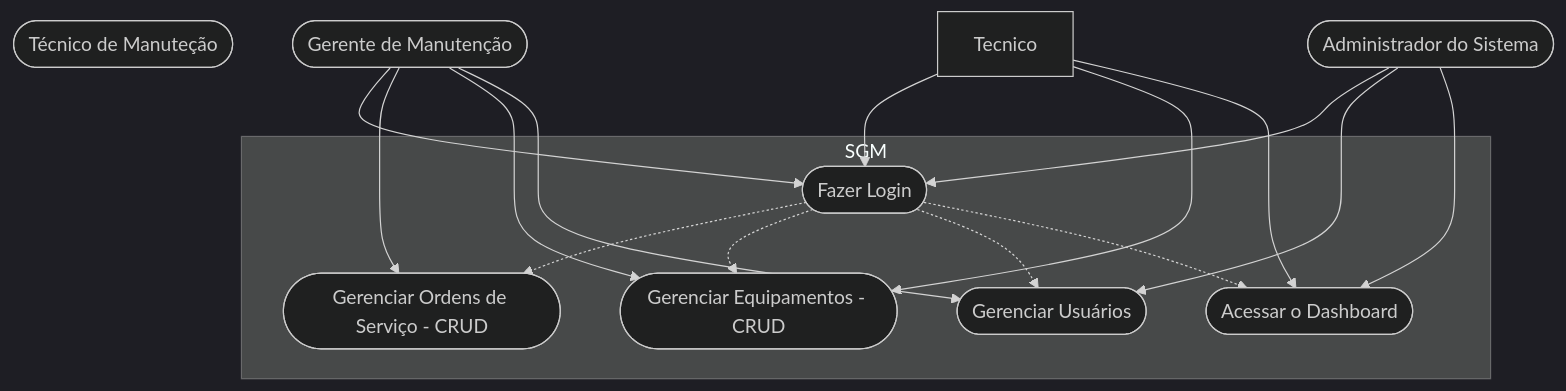
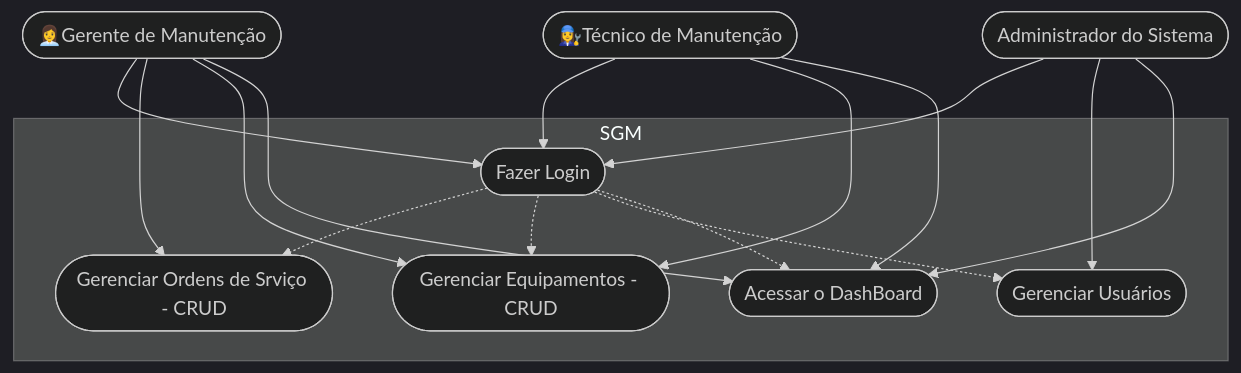
Before and after one commit to EnzoParalupi01/FrontEnd: the second of 3 diagrams in FrameWorks/Next/formativa-sgm/README.md, drawn with Mermaid (dark theme). The commit also changed other lines of this file, not shown here.

````diff
--- a/FrameWorks/Next/formativa-sgm/README.md
+++ b/FrameWorks/Next/formativa-sgm/README.md
@@ -103,35 +103,35 @@
 ```mermaid
 
 graph TD
 
     subgraph "SGM"
         caso1([Fazer Login])
-        caso2([Gerenciar Ordens de Serviço - CRUD])
+        caso2([Gerenciar Ordens de Srviço - CRUD])
         caso3([Gerenciar Equipamentos - CRUD])
         caso4([Gerenciar Usuários])
-        caso5([Acessar o Dashboard])
+        caso5([Acessar o DashBoard])
     end
 
-    Técnico([Técnico de Manuteção])
-    Gerente([Gerente de Manutenção])
+    Tecnico([👩‍🔧Técnico de Manutenção])
+    Gerente([👩‍💼Gerente de Manutenção])
     Admin([Administrador do Sistema])
 
     Tecnico --> caso1
     Tecnico --> caso3
     Tecnico --> caso5
 
     Gerente --> caso1
     Gerente --> caso2
     Gerente --> caso3
-    Gerente --> caso4
+    Gerente --> caso5
 
     Admin --> caso1
     Admin --> caso4
     Admin --> caso5
 
     caso1 -.-> caso2
     caso1 -.-> caso3
     caso1 -.-> caso4
     caso1 -.-> caso5
-
+    
 ```
````
